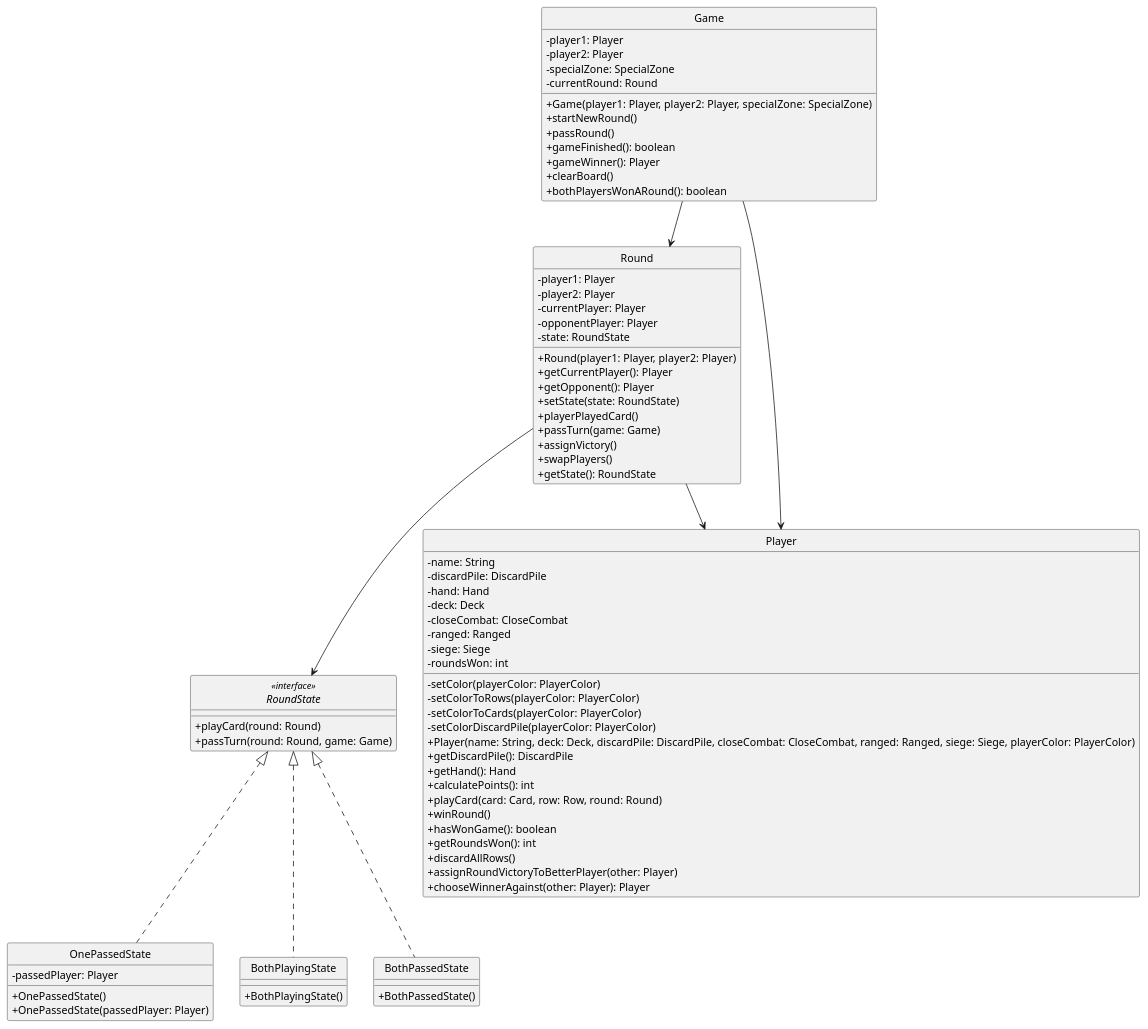
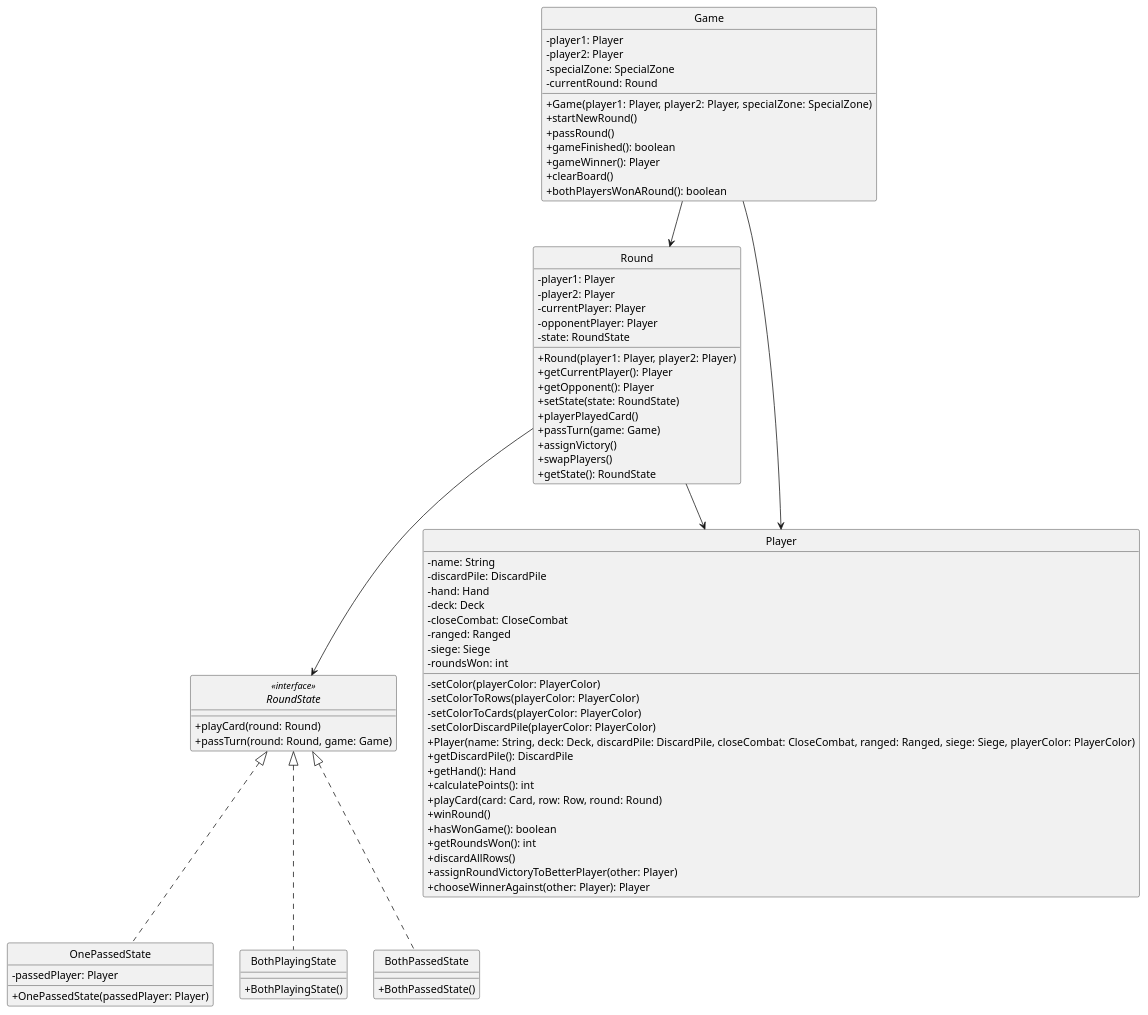
Before and after one commit to Yonhir/algo3_proyecto_base_tp2: the diagram in diagrams/classes/turnManagement.puml, drawn with PlantUML.

Commit message:
Corrijo un constructor de mas

```diff
--- a/diagrams/classes/turnManagement.puml
+++ b/diagrams/classes/turnManagement.puml
@@ -1,93 +1,92 @@
 @startuml
 skinparam monochrome true
 hide circle
 skinparam classAttributeIconSize 0
 
   interface RoundState <<interface>> {
     +playCard(round: Round)
     +passTurn(round: Round, game: Game)
   }
 
   class Round {
     -player1: Player
     -player2: Player
     -currentPlayer: Player
     -opponentPlayer: Player
     -state: RoundState
     +Round(player1: Player, player2: Player)
     +getCurrentPlayer(): Player
     +getOpponent(): Player
     +setState(state: RoundState)
     +playerPlayedCard()
     +passTurn(game: Game)
     +assignVictory()
     +swapPlayers()
     +getState(): RoundState
   }
 
   class Player {
     -name: String
     -discardPile: DiscardPile
     -hand: Hand
     -deck: Deck
     -closeCombat: CloseCombat
     -ranged: Ranged
     -siege: Siege
     -roundsWon: int
     -setColor(playerColor: PlayerColor)
     -setColorToRows(playerColor: PlayerColor)
     -setColorToCards(playerColor: PlayerColor)
     -setColorDiscardPile(playerColor: PlayerColor)
     +Player(name: String, deck: Deck, discardPile: DiscardPile, closeCombat: CloseCombat, ranged: Ranged, siege: Siege, playerColor: PlayerColor)
     +getDiscardPile(): DiscardPile
     +getHand(): Hand
     +calculatePoints(): int
     +playCard(card: Card, row: Row, round: Round)
     +winRound()
     +hasWonGame(): boolean
     +getRoundsWon(): int
     +discardAllRows()
     +assignRoundVictoryToBetterPlayer(other: Player)
     +chooseWinnerAgainst(other: Player): Player
   }
 
   class Game {
     -player1: Player
     -player2: Player
     -specialZone: SpecialZone
     -currentRound: Round
     +Game(player1: Player, player2: Player, specialZone: SpecialZone)
     +startNewRound()
     +passRound()
     +gameFinished(): boolean
     +gameWinner(): Player
     +clearBoard()
     +bothPlayersWonARound(): boolean
   }
 
   class OnePassedState {
     -passedPlayer: Player
-    +OnePassedState()
     +OnePassedState(passedPlayer: Player)
   }
 
   class BothPlayingState {
   +BothPlayingState()
   }
 
   class BothPassedState {
   +BothPassedState()
   }
 
   ' Relaciones de implementación
   RoundState <|.. OnePassedState
   RoundState <|.. BothPlayingState
   RoundState <|.. BothPassedState
 
   ' Relaciones de asociación
   Round --> RoundState
   Round --> Player
   Game --> Player
   Game --> Round
 
 @enduml
```
